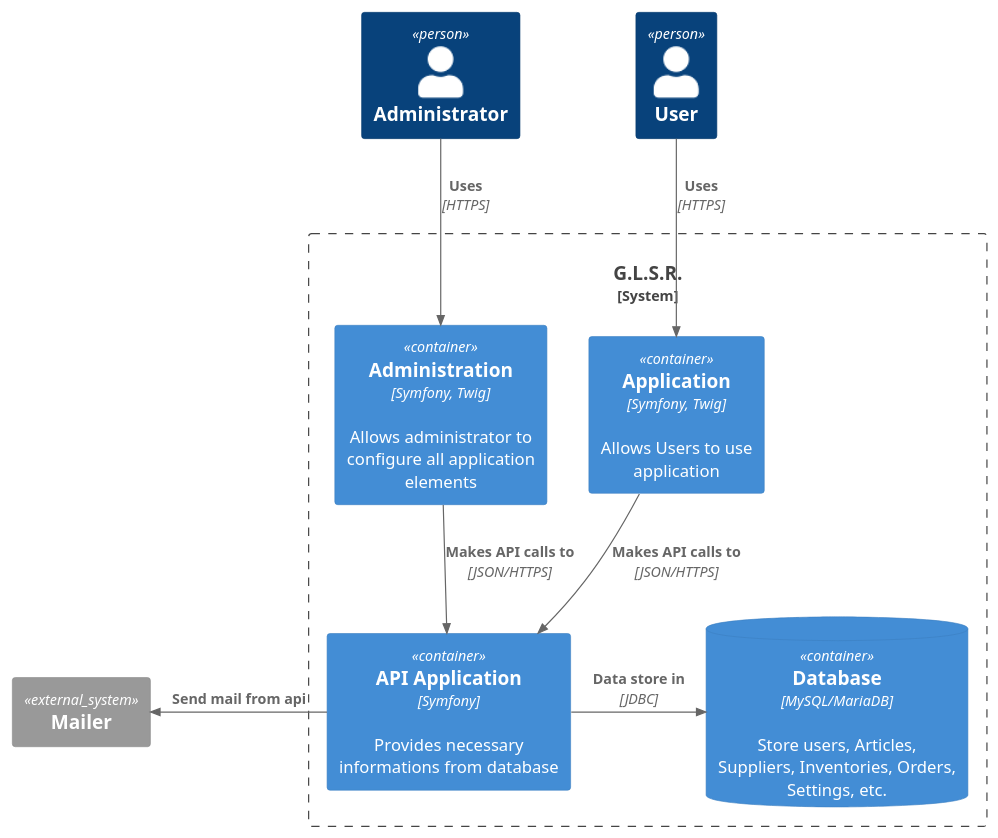
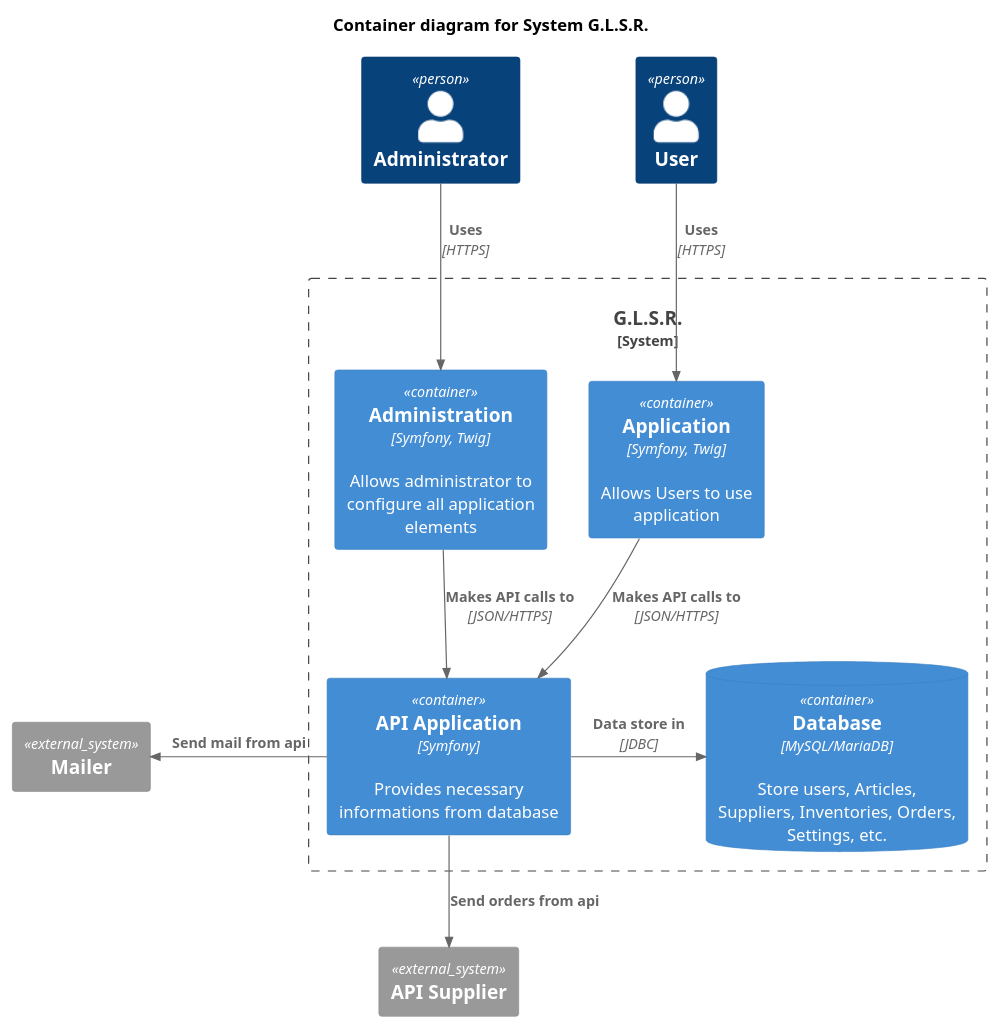
Before and after one commit to Dev-Int/tests: the diagram in docs/C4-Model/system/container/container.puml, drawn with PlantUML. The commit also changed 17 other files, not shown here.

```diff
--- a/docs/C4-Model/system/container/container.puml
+++ b/docs/C4-Model/system/container/container.puml
@@ -1,27 +1,30 @@
 @startuml Container
 !include https://raw.githubusercontent.com/plantuml-stdlib/C4-PlantUML/master/C4_Container.puml
 
-'LAYOUT_WITH_LEGEND()
+title Container diagram for System G.L.S.R.
 
 Person(admin, "Administrator")
 Person(user, "User")
 
 System_Boundary(c1, "G.L.S.R.") {
 	Container(api, "API Application", "Symfony", "Provides necessary informations from database")
   Container(backend, "Administration", "Symfony, Twig", "Allows administrator to configure all application elements")
 	Container(web_app, "Application", "Symfony, Twig", "Allows Users to use application")
 	ContainerDb(rel_db, "Database", "MySQL/MariaDB", "Store users, Articles, Suppliers, Inventories, Orders, Settings, etc.")
 }
 
 System_Ext(mailer, "Mailer")
+System_Ext(api_supplier, "API Supplier")
 
 Rel(admin, backend, "Uses", "HTTPS")
 Rel(user, web_app, "Uses", "HTTPS")
 
 Rel(backend, api, "Makes API calls to", "JSON/HTTPS")
 Rel(web_app, api, "Makes API calls to", "JSON/HTTPS")
 
 Rel_R(api, rel_db, "Data store in", "JDBC")
 
 Rel_L(api, mailer, "Send mail from api")
+Rel(api, api_supplier, "Send orders from api")
+
 @enduml
```
